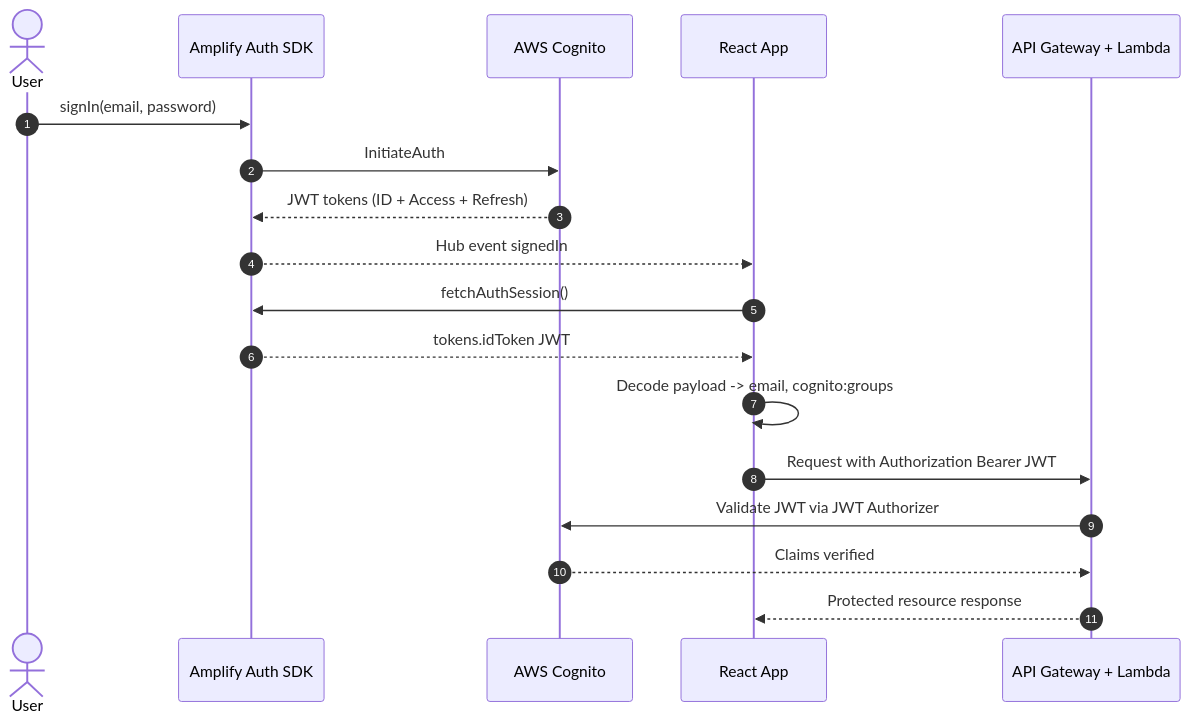
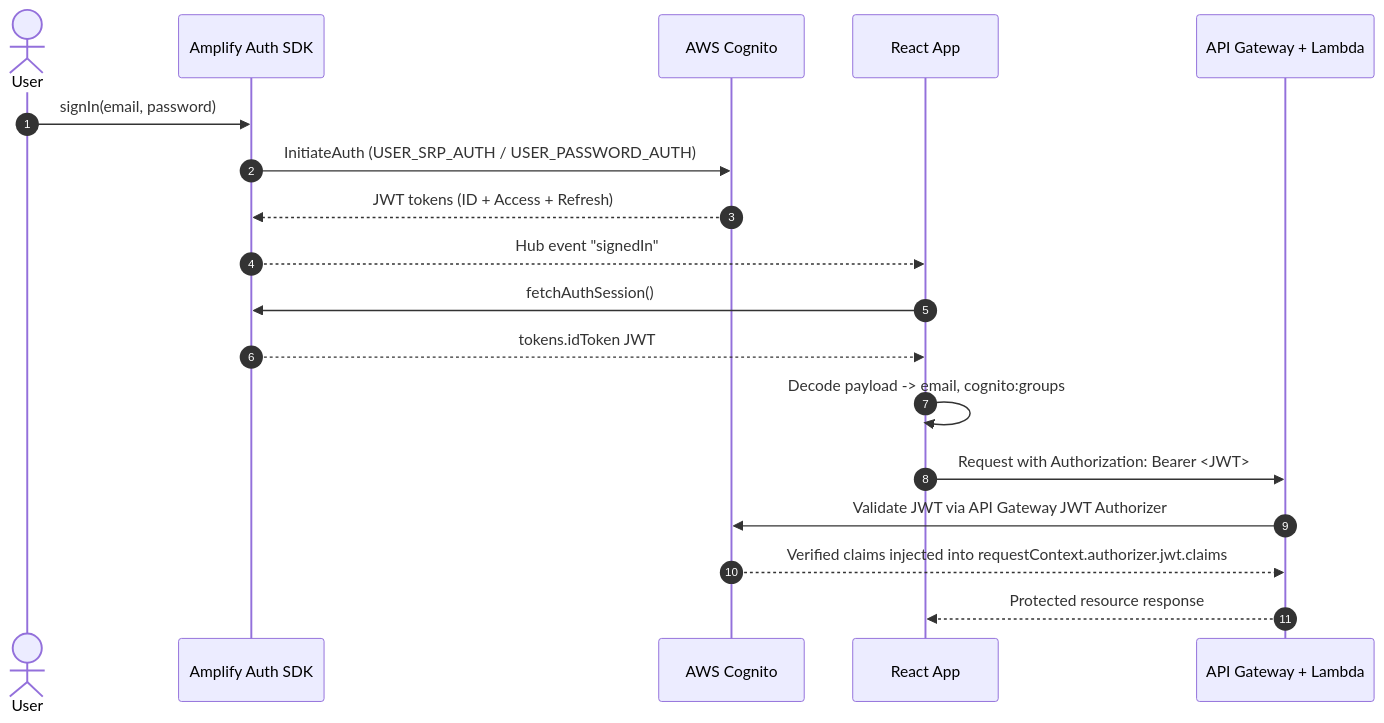
One commit to venkatesh-singamsetty/cricscore changed the second of 2 diagrams in docs/auth.md. Above: the diagram before and after it, drawn with Mermaid. The commit also changed other lines of this file and 89 other files, not shown here.

````diff
--- a/docs/auth.md
+++ b/docs/auth.md
@@ -149,21 +51,21 @@
 ```mermaid
 sequenceDiagram
     autonumber
     actor User
     participant Amplify as Amplify Auth SDK
     participant Cognito as AWS Cognito
     participant App as React App
     participant API as API Gateway + Lambda
 
     User->>Amplify: signIn(email, password)
-    Amplify->>Cognito: InitiateAuth
+    Amplify->>Cognito: InitiateAuth (USER_SRP_AUTH / USER_PASSWORD_AUTH)
     Cognito-->>Amplify: JWT tokens (ID + Access + Refresh)
-    Amplify-->>App: Hub event signedIn
+    Amplify-->>App: Hub event "signedIn"
     App->>Amplify: fetchAuthSession()
     Amplify-->>App: tokens.idToken JWT
     App->>App: Decode payload -> email, cognito:groups
-    App->>API: Request with Authorization Bearer JWT
-    API->>Cognito: Validate JWT via JWT Authorizer
-    Cognito-->>API: Claims verified
+    App->>API: Request with Authorization: Bearer <JWT>
+    API->>Cognito: Validate JWT via API Gateway JWT Authorizer
+    Cognito-->>API: Verified claims injected into requestContext.authorizer.jwt.claims
     API-->>App: Protected resource response
 ```
````
